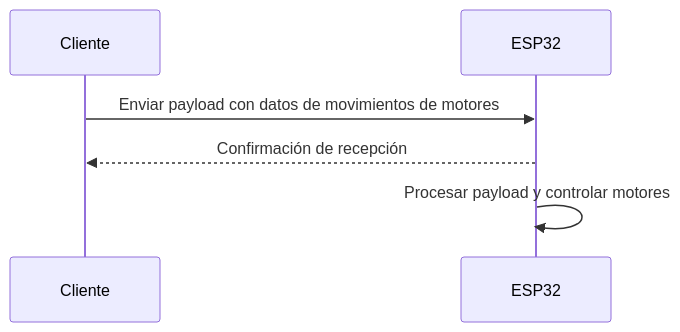
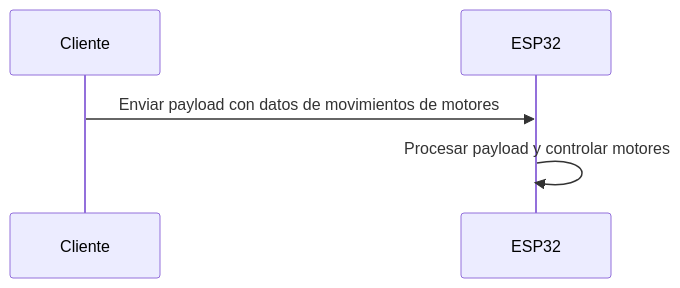
One commit to JhonierNegrete10/Delta-Robot changed the second of 2 diagrams in README.md. Above: the diagram before and after it, drawn with Mermaid. The commit also changed other lines of this file, not shown here.

Commit message:
"Update README.md with new sequence diagram and code block"

````diff
--- a/README.md
+++ b/README.md
@@ -75,12 +75,11 @@
 ```mermaid 
 sequenceDiagram
     participant Cliente
    
     participant ESP32
 
     Cliente->>ESP32: Enviar payload con datos de movimientos de motores
-    ESP32-->>Cliente: Confirmación de recepción
     ESP32->>ESP32: Procesar payload y controlar motores
 
 
 ```
````
